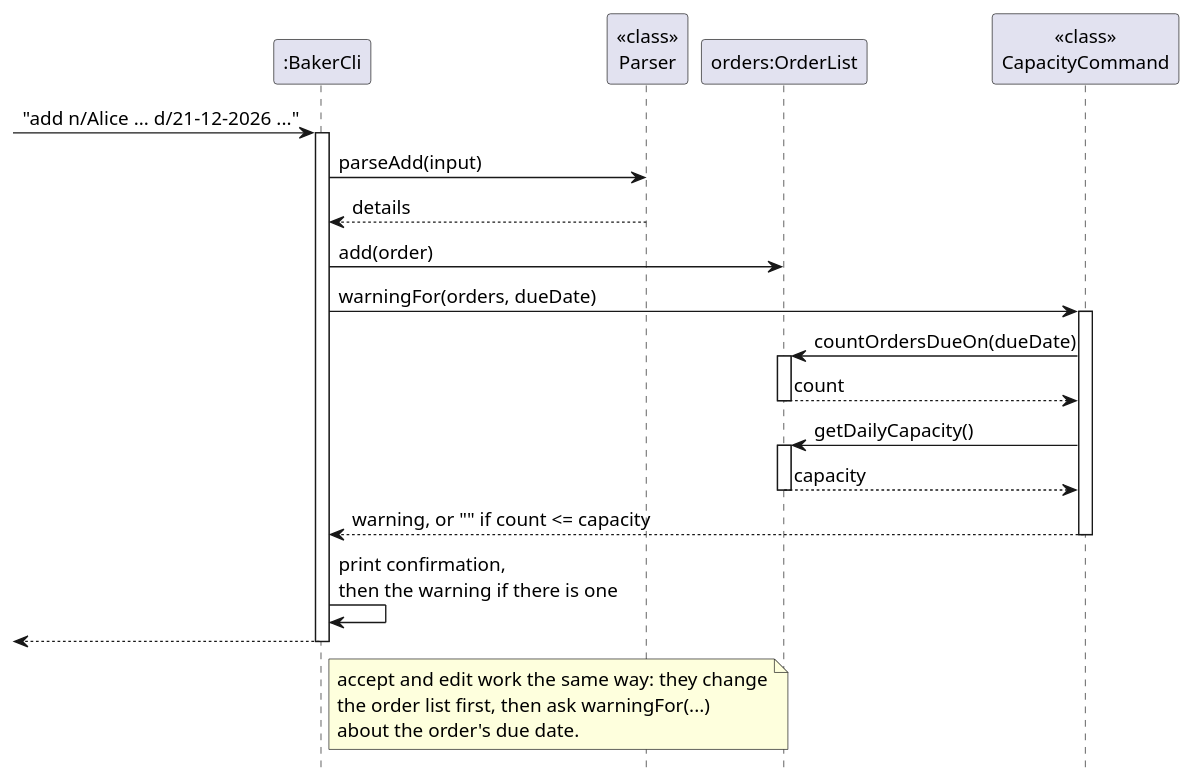
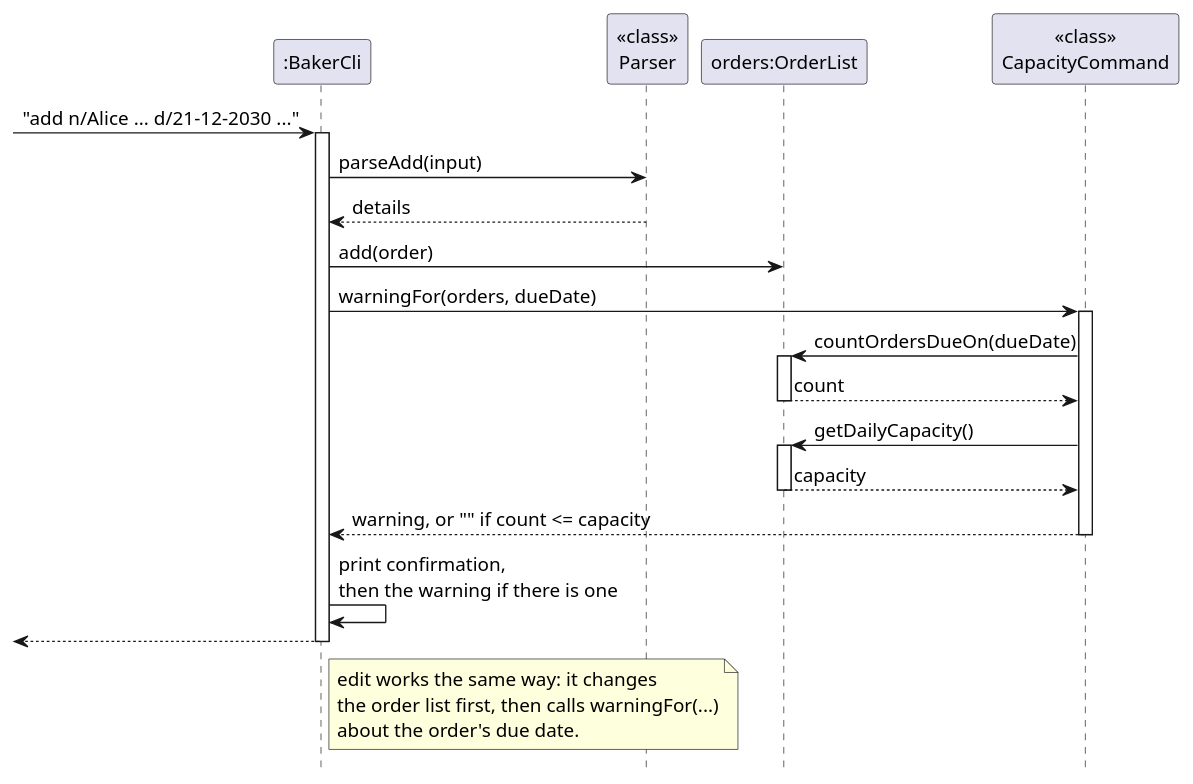
One commit to AY2627S1-CS2113-W12-1/tp changed the diagram in docs/diagrams/CapacitySequence.puml. Above: the diagram before and after it, drawn with PlantUML. The commit also changed 31 other files, not shown here.

```diff
--- a/docs/diagrams/CapacitySequence.puml
+++ b/docs/diagrams/CapacitySequence.puml
@@ -1,38 +1,38 @@
 @startuml
 skinparam shadowing false
 skinparam defaultFontSize 14
 hide footbox
 
 participant ":BakerCli" as Cli
 participant "<<class>>\nParser" as Parser
 participant "orders:OrderList" as Orders
 participant "<<class>>\nCapacityCommand" as Cap
 
-[-> Cli : "add n/Alice ... d/21-12-2026 ..."
+[-> Cli : "add n/Alice ... d/21-12-2030 ..."
 activate Cli
 Cli -> Parser : parseAdd(input)
 Parser --> Cli : details
 Cli -> Orders : add(order)
 Cli -> Cap : warningFor(orders, dueDate)
 activate Cap
 Cap -> Orders : countOrdersDueOn(dueDate)
 activate Orders
 Orders --> Cap : count
 deactivate Orders
 Cap -> Orders : getDailyCapacity()
 activate Orders
 Orders --> Cap : capacity
 deactivate Orders
 Cap --> Cli : warning, or "" if count <= capacity
 deactivate Cap
 
 Cli -> Cli : print confirmation,\nthen the warning if there is one
 [<-- Cli
 deactivate Cli
 
 note right of Cli
-  accept and edit work the same way: they change
-  the order list first, then ask warningFor(...)
+  edit works the same way: it changes
+  the order list first, then calls warningFor(...)
   about the order's due date.
 end note
 @enduml
```
